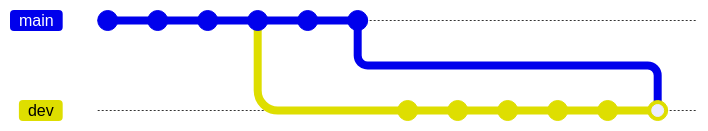
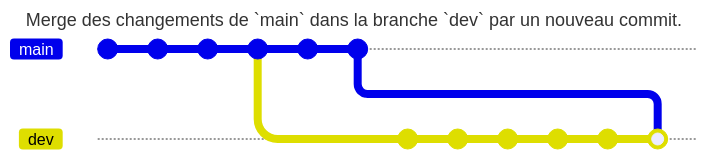
One commit to tavenel/website changed the sixth of 16 diagrams in src/pages/cours/git/git-cours.md. Above: the diagram before and after it, drawn with Mermaid. The commit also changed other lines of this file and 2 other files, not shown here. Commit ids are hidden.

Commit message:
fix mermaid diagrams

````diff
--- a/src/pages/cours/git/git-cours.md
+++ b/src/pages/cours/git/git-cours.md
@@ -355,18 +359,22 @@
 ```mermaid
+---
+title: Merge des changements de `main` dans la branche `dev` par un nouveau commit.
+---
+
 gitGraph
 commit
 commit
 commit
 commit
 branch dev
 checkout main
 commit
 commit
 checkout dev
 commit
 commit
 commit
 commit
 commit
 merge main
 ```
````
